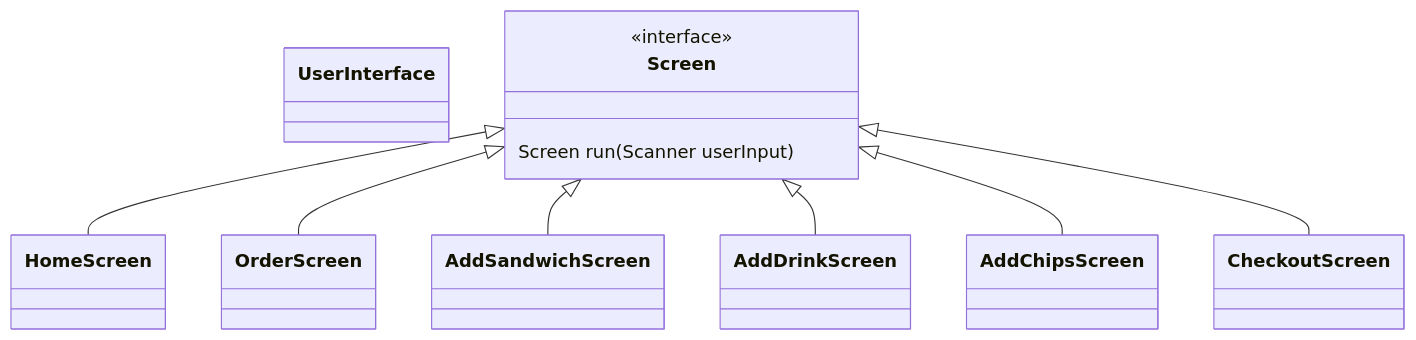
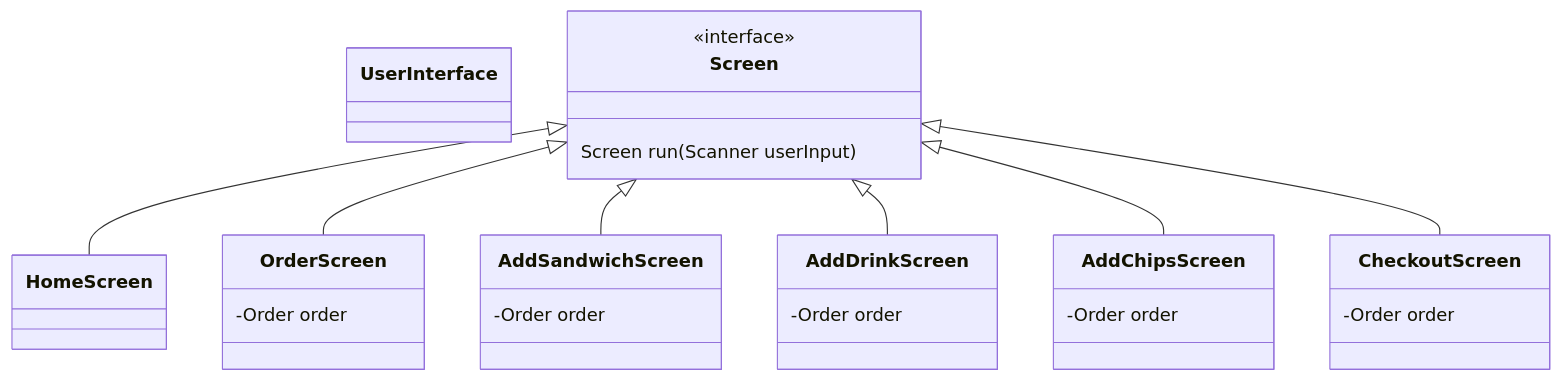
One commit to yuujn/nuclear-subs changed the third of 3 diagrams in diagrams/class_diagrams.md. Above: the diagram before and after it, drawn with Mermaid.

Commit message:
update class diagram for screens: add Order field to each relevant screen

````diff
--- a/diagrams/class_diagrams.md
+++ b/diagrams/class_diagrams.md
@@ -50,21 +50,31 @@
 ```mermaid
 classDiagram
     class UserInterface
     class Screen {
         <<interface>>
         Screen run(Scanner userInput)
     }
     
     Screen <|-- HomeScreen
     class HomeScreen
     Screen <|-- OrderScreen
-    class OrderScreen
+    class OrderScreen {
+        -Order order
+    }
     Screen <|-- AddSandwichScreen
-    class AddSandwichScreen
+    class AddSandwichScreen {
+        -Order order
+    }
     Screen <|-- AddDrinkScreen
-    class AddDrinkScreen
+    class AddDrinkScreen {
+        -Order order
+    }
     Screen <|-- AddChipsScreen
-    class AddChipsScreen
+    class AddChipsScreen {
+        -Order order
+    }
     Screen <|-- CheckoutScreen
-    class CheckoutScreen
+    class CheckoutScreen {
+        -Order order
+    }
 ```
````
